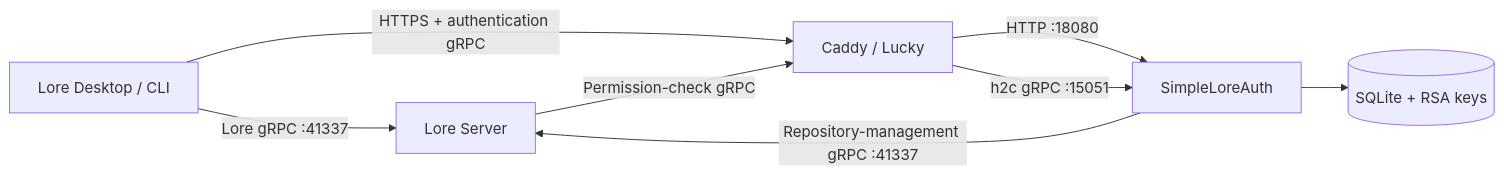
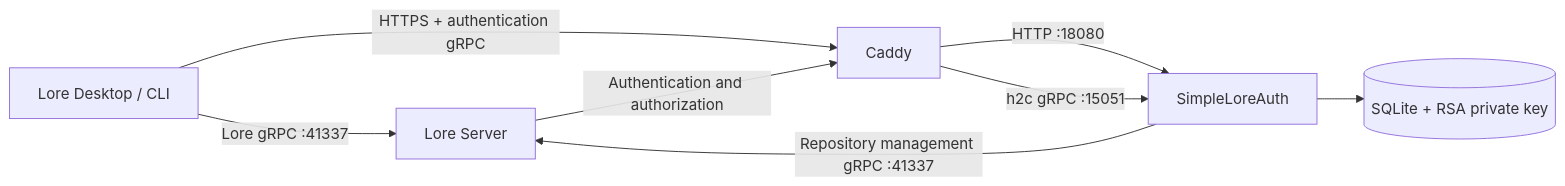
Before and after one commit to Rogue324/SimpleLoreAuth: the diagram in README.en.md, drawn with Mermaid. The commit also changed other lines of this file and 1 other file, not shown here.

````diff
--- a/README.en.md
+++ b/README.en.md
@@ -43,10 +29,10 @@
 ```mermaid
 flowchart LR
     C["Lore Desktop / CLI"] -->|"Lore gRPC :41337"| L["Lore Server"]
-    C -->|"HTTPS + authentication gRPC"| P["Caddy / Lucky"]
+    C -->|"HTTPS + authentication gRPC"| P["Caddy"]
+    L -->|"Authentication and authorization"| P
     P -->|"HTTP :18080"| A["SimpleLoreAuth"]
     P -->|"h2c gRPC :15051"| A
-    L -->|"Permission-check gRPC"| P
-    A -->|"Repository-management gRPC :41337"| L
-    A --> D[("SQLite + RSA keys")]
+    A -->|"Repository management gRPC :41337"| L
+    A --> D[("SQLite + RSA private key")]
 ```
````
